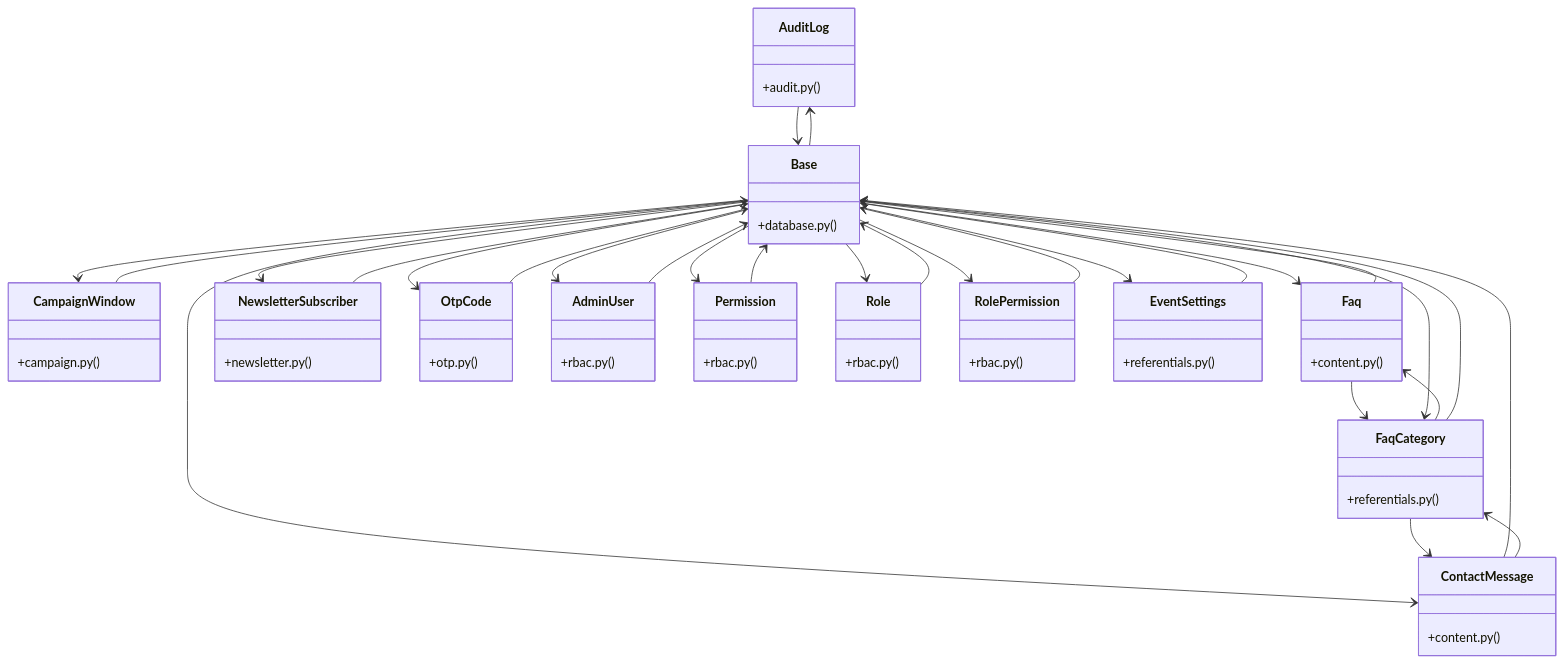
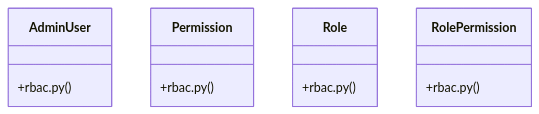
Before and after one commit to adjanayo/synca_conf_back: the diagram in graphify-out/wiki/[BaseModel_&_ValueError]_Cluster.md, drawn with Mermaid. The commit also changed other lines of this file and 119 other files, not shown here.

````diff
--- a/graphify-out/wiki/[BaseModel_&_ValueError]_Cluster.md
+++ b/graphify-out/wiki/[BaseModel_&_ValueError]_Cluster.md
@@ -36,70 +36,15 @@
 ```mermaid
 classDiagram
-    class AuditLog {
-        +audit.py()
-    }
-    class CampaignWindow {
-        +campaign.py()
-    }
-    class ContactMessage {
-        +content.py()
-    }
-    class Faq {
-        +content.py()
-    }
-    class Base {
-        +database.py()
-    }
-    class NewsletterSubscriber {
-        +newsletter.py()
-    }
-    class OtpCode {
-        +otp.py()
-    }
     class AdminUser {
         +rbac.py()
     }
     class Permission {
         +rbac.py()
     }
     class Role {
         +rbac.py()
     }
     class RolePermission {
         +rbac.py()
     }
-    class EventSettings {
-        +referentials.py()
-    }
-    class FaqCategory {
-        +referentials.py()
-    }
-    AuditLog --> Base
-    CampaignWindow --> Base
-    ContactMessage --> Base
-    ContactMessage --> FaqCategory
-    Faq --> Base
-    Faq --> FaqCategory
-    Base --> AuditLog
-    Base --> OtpCode
-    Base --> Role
-    Base --> Permission
-    Base --> RolePermission
-    Base --> AdminUser
-    Base --> CampaignWindow
-    Base --> Faq
-    Base --> ContactMessage
-    Base --> FaqCategory
-    Base --> EventSettings
-    Base --> NewsletterSubscriber
-    NewsletterSubscriber --> Base
-    OtpCode --> Base
-    AdminUser --> Base
-    Permission --> Base
-    Role --> Base
-    RolePermission --> Base
-    EventSettings --> Base
-    FaqCategory --> Faq
-    FaqCategory --> ContactMessage
-    FaqCategory --> Base
 ```
````
